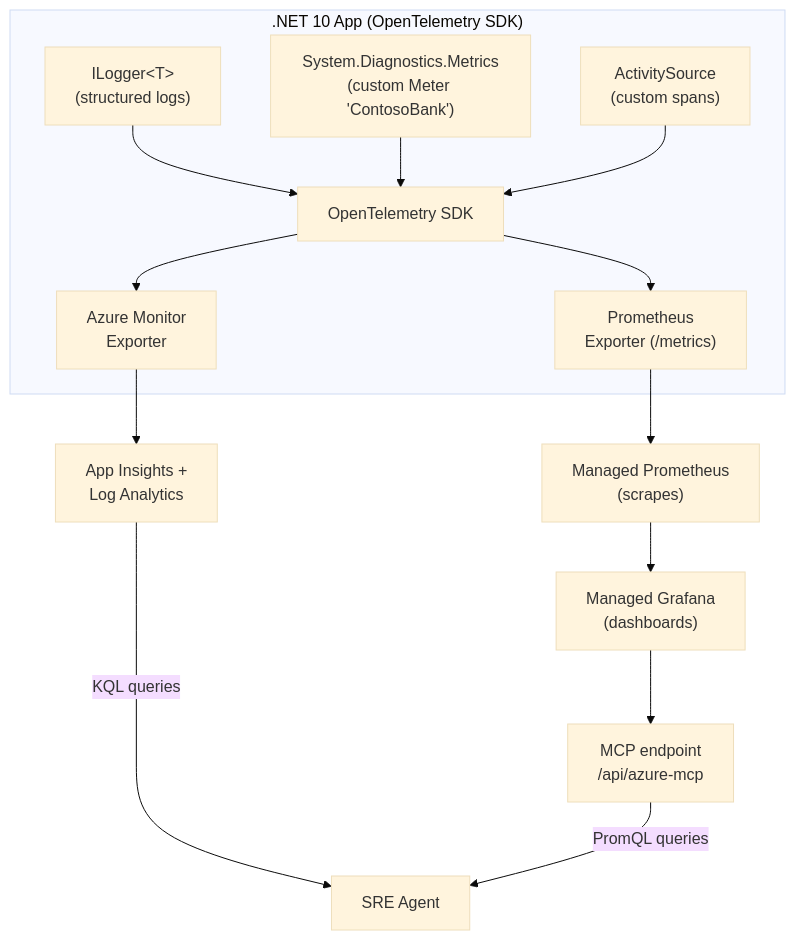
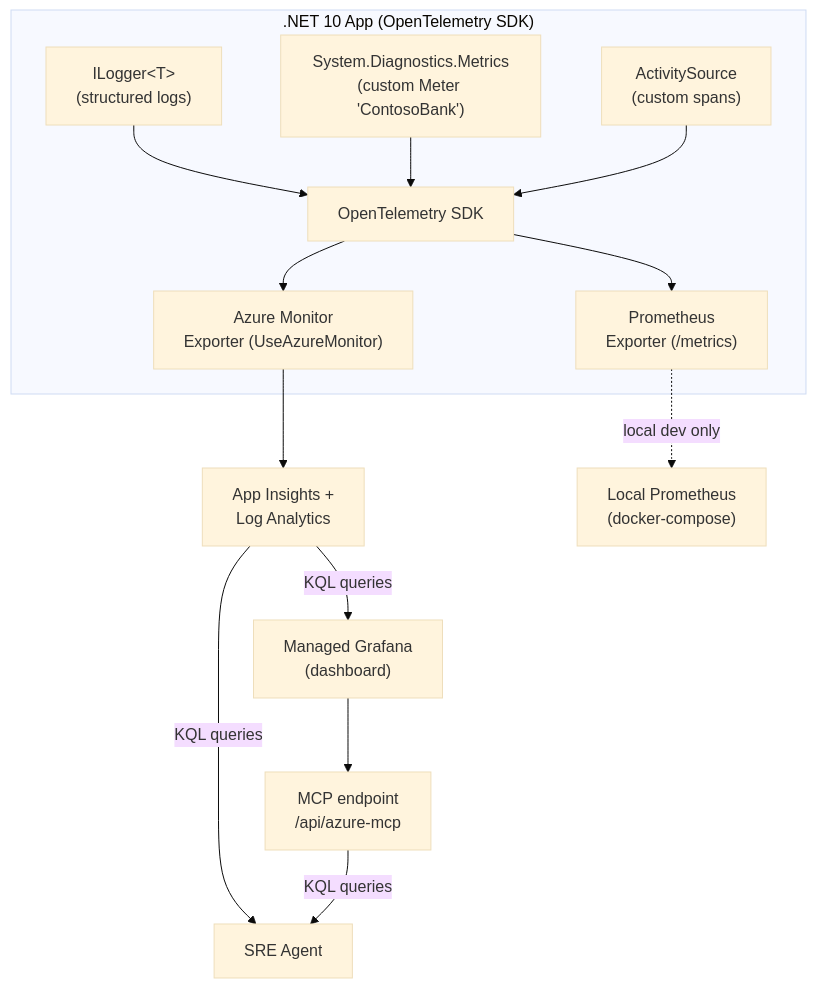
The third of 4 diagrams in specs/01-spec.md (AlahmadiQ8/sre-agent-demo), drawn with Mermaid (base theme) before and after one commit. The commit also changed other lines of this file and 1 other file, not shown here.

First line of the commit message:
Update spec to reflect architectural changes from Task 15

````diff
--- a/specs/01-spec.md
+++ b/specs/01-spec.md
@@ -263,19 +263,19 @@
 ```mermaid
 graph TD
     subgraph DotNetApp[".NET 10 App (OpenTelemetry SDK)"]
         Logs["ILogger&lt;T&gt;<br/>(structured logs)"] --> OTel["OpenTelemetry SDK"]
         Metrics["System.Diagnostics.Metrics<br/>(custom Meter 'ContosoBank')"] --> OTel
         Traces["ActivitySource<br/>(custom spans)"] --> OTel
 
-        OTel --> AzExporter["Azure Monitor<br/>Exporter"]
+        OTel --> AzExporter["Azure Monitor<br/>Exporter (UseAzureMonitor)"]
         OTel --> PromExporter["Prometheus<br/>Exporter (/metrics)"]
     end
 
     AzExporter --> AppInsights["App Insights +<br/>Log Analytics"]
-    PromExporter --> ManagedProm["Managed Prometheus<br/>(scrapes)"]
-    ManagedProm --> Grafana["Managed Grafana<br/>(dashboards)"]
+    PromExporter -.->|"local dev only"| LocalProm["Local Prometheus<br/>(docker-compose)"]
+    AppInsights -->|"KQL queries"| Grafana["Managed Grafana<br/>(dashboard)"]
     Grafana --> MCP["MCP endpoint<br/>/api/azure-mcp"]
 
     AppInsights -->|"KQL queries"| SRE["SRE Agent"]
-    MCP -->|"PromQL queries"| SRE
+    MCP -->|"KQL queries"| SRE
 ```
````
